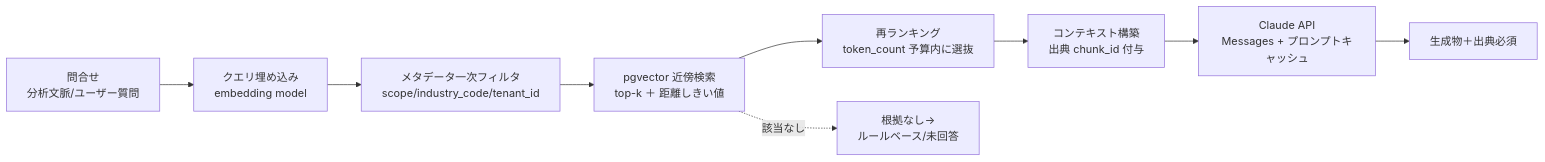
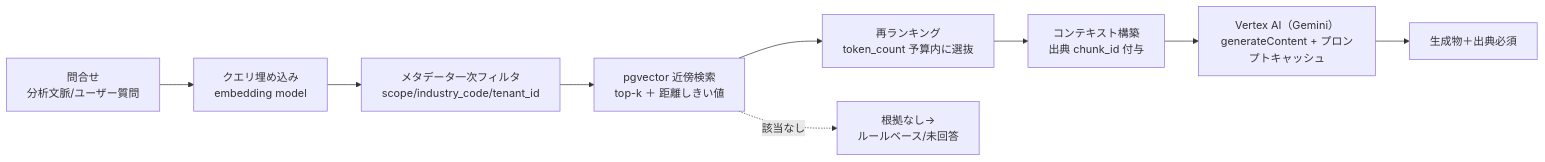
Before and after one commit to TSUNAGUBA/undeux-sales-suite: the second of 6 diagrams in docs/platform-design/detailed-design/DD-04-ai-rag-agent-design.md, drawn with Mermaid. The commit also changed other lines of this file and 28 other files, not shown here.

First line of the commit message:
feat: AI基盤を Anthropic Claude から Google Vertex AI (Gemini) へ移行

````diff
--- a/docs/platform-design/detailed-design/DD-04-ai-rag-agent-design.md
+++ b/docs/platform-design/detailed-design/DD-04-ai-rag-agent-design.md
@@ -139,11 +139,11 @@
 ```mermaid
 flowchart LR
     Q[問合せ<br/>分析文脈/ユーザー質問] --> QE[クエリ埋め込み<br/>embedding model]
     QE --> MF[メタデータ一次フィルタ<br/>scope/industry_code/tenant_id]
     MF --> VS[pgvector 近傍検索<br/>top-k ＋ 距離しきい値]
     VS --> RR[再ランキング<br/>token_count 予算内に選抜]
     RR --> CTX[コンテキスト構築<br/>出典 chunk_id 付与]
-    CTX --> LLM[Claude API<br/>Messages + プロンプトキャッシュ]
+    CTX --> LLM[Vertex AI（Gemini）<br/>generateContent + プロンプトキャッシュ]
     LLM --> OUT[生成物＋出典必須]
     VS -. 該当なし .-> FB[根拠なし→<br/>ルールベース/未回答]
 ```
````
